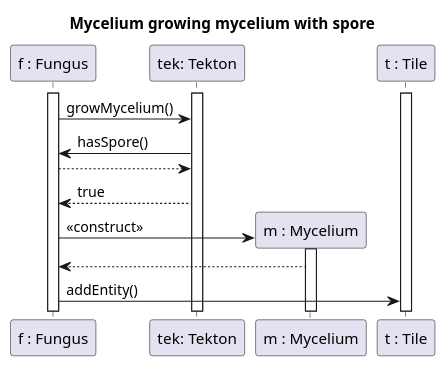
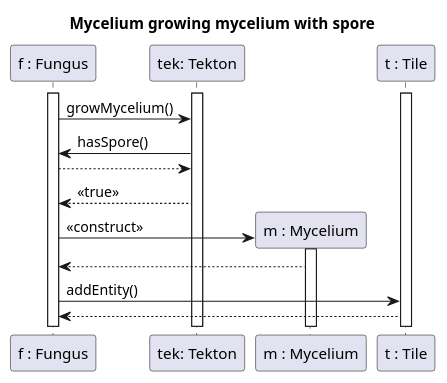
One commit to Klastiv/Projlab_nullpointerexception changed the diagram in diagrams/diagramFiles/SQ_MyceliumGrowthWithSpore.puml. Above: the diagram before and after it, drawn with PlantUML. The commit also changed 17 other files, not shown here.

Commit message:
SQ diagrams all small letterts and made fine

```diff
--- a/diagrams/diagramFiles/SQ_MyceliumGrowthWithSpore.puml
+++ b/diagrams/diagramFiles/SQ_MyceliumGrowthWithSpore.puml
@@ -1,26 +1,27 @@
 @startuml Fungus growth with spore
 
 title Mycelium growing mycelium with spore
 
 participant "f : Fungus" as F
 participant "tek: Tekton" as Tek
 participant "m : Mycelium" as M
 participant "t : Tile" as T
 
 activate F
 activate T
 activate Tek
 
 
 F->Tek : growMycelium()
 Tek -> F : hasSpore()
 F --> Tek 
-Tek --> F : true
+Tek --> F : <<true>>
 F -> M ** : <<construct>>
 activate M
 M --> F
 F -> T : addEntity()
+T-->F
 
 
 
 @enduml
```
